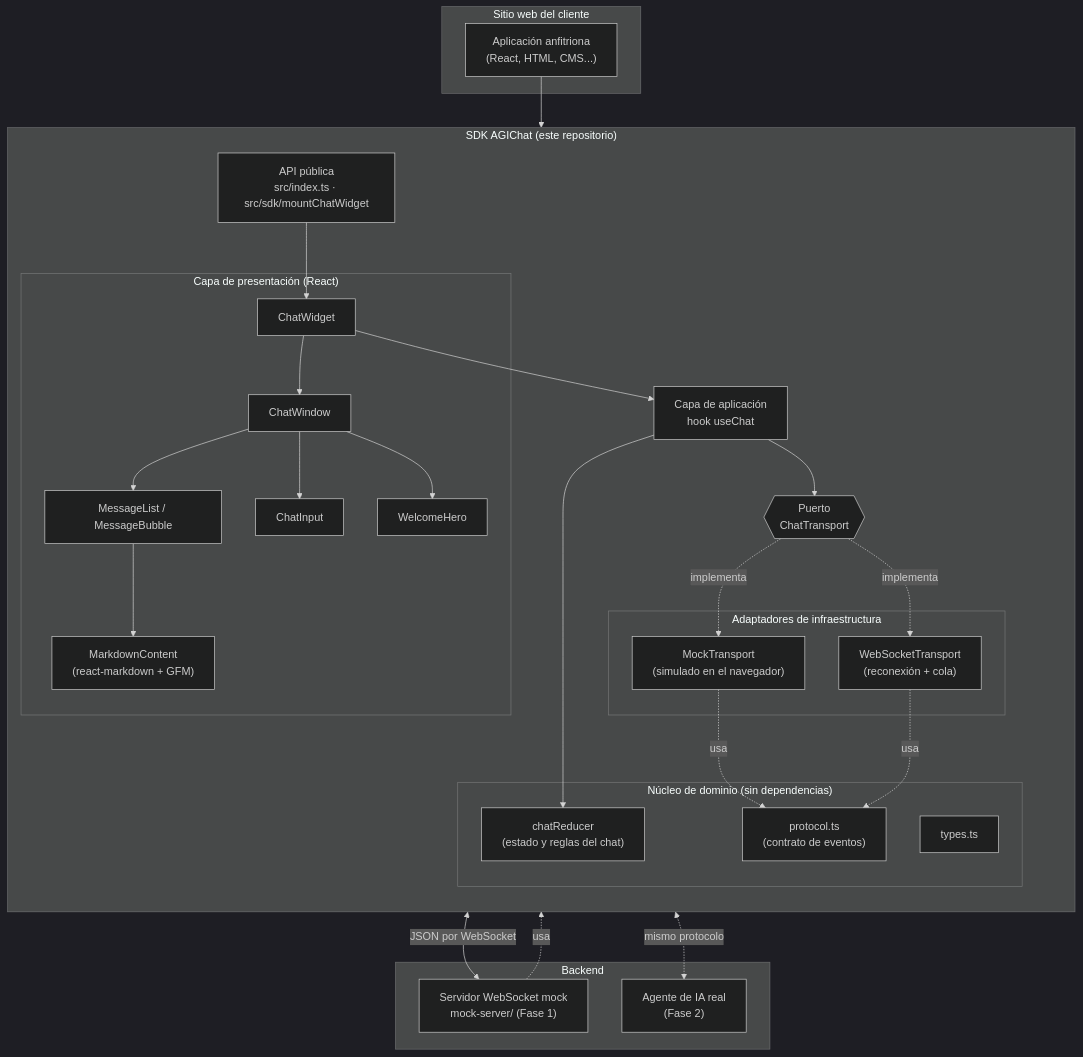
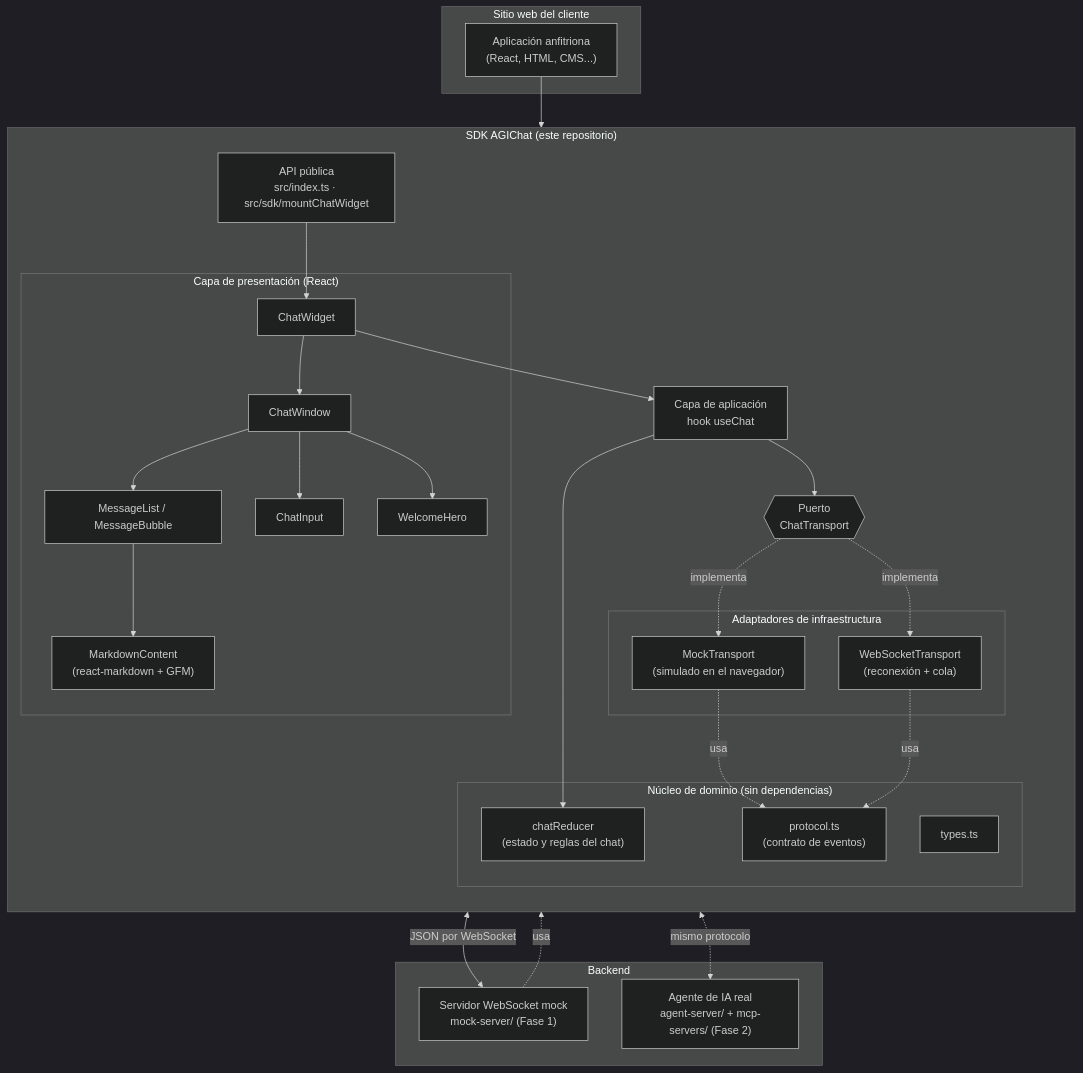
One commit to JuanGualim/Proyecto1_IA_selectivo changed the first of 3 diagrams in docs/ARQUITECTURA.md. Above: the diagram before and after it, drawn with Mermaid (dark theme). The commit also changed other lines of this file, not shown here.

````diff
--- a/docs/ARQUITECTURA.md
+++ b/docs/ARQUITECTURA.md
@@ -20,56 +23,56 @@
 ```mermaid
 flowchart TB
     subgraph Cliente["Sitio web del cliente"]
         HOST["Aplicación anfitriona<br/>(React, HTML, CMS...)"]
     end
 
     subgraph SDK["SDK AGIChat (este repositorio)"]
         direction TB
         API["API pública<br/>src/index.ts · src/sdk/mountChatWidget"]
 
         subgraph UI["Capa de presentación (React)"]
             WIDGET["ChatWidget"]
             WINDOW["ChatWindow"]
             HERO["WelcomeHero"]
             LIST["MessageList / MessageBubble"]
             MD["MarkdownContent<br/>(react-markdown + GFM)"]
             INPUT["ChatInput"]
         end
 
         HOOK["Capa de aplicación<br/>hook useChat"]
 
         subgraph CORE["Núcleo de dominio (sin dependencias)"]
             REDUCER["chatReducer<br/>(estado y reglas del chat)"]
             PROTOCOL["protocol.ts<br/>(contrato de eventos)"]
             TYPES["types.ts"]
         end
 
         PORT{{"Puerto<br/>ChatTransport"}}
 
         subgraph ADAPTERS["Adaptadores de infraestructura"]
             MOCK["MockTransport<br/>(simulado en el navegador)"]
             WS["WebSocketTransport<br/>(reconexión + cola)"]
         end
     end
 
     subgraph Backend["Backend"]
         MOCKSRV["Servidor WebSocket mock<br/>mock-server/ (Fase 1)"]
-        AGENT["Agente de IA real<br/>(Fase 2)"]
+        AGENT["Agente de IA real<br/>agent-server/ + mcp-servers/ (Fase 2)"]
     end
 
     HOST --> API
     API --> WIDGET
     WIDGET --> WINDOW --> LIST --> MD
     WINDOW --> INPUT
     WINDOW --> HERO
     WIDGET --> HOOK
     HOOK --> REDUCER
     HOOK --> PORT
     PORT -.implementa.-> MOCK
     PORT -.implementa.-> WS
     MOCK -.usa.-> PROTOCOL
     WS -.usa.-> PROTOCOL
     WS <-- "JSON por WebSocket" --> MOCKSRV
     WS <-. "mismo protocolo" .-> AGENT
     MOCKSRV -.usa.-> PROTOCOL
 ```
````
